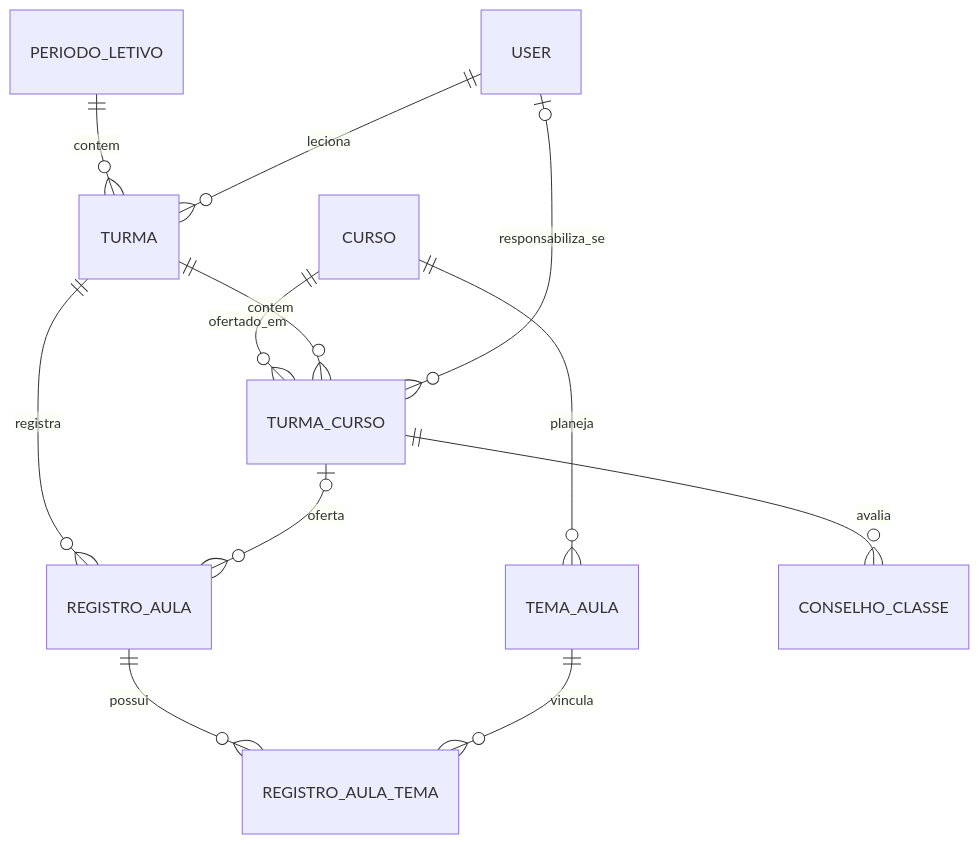
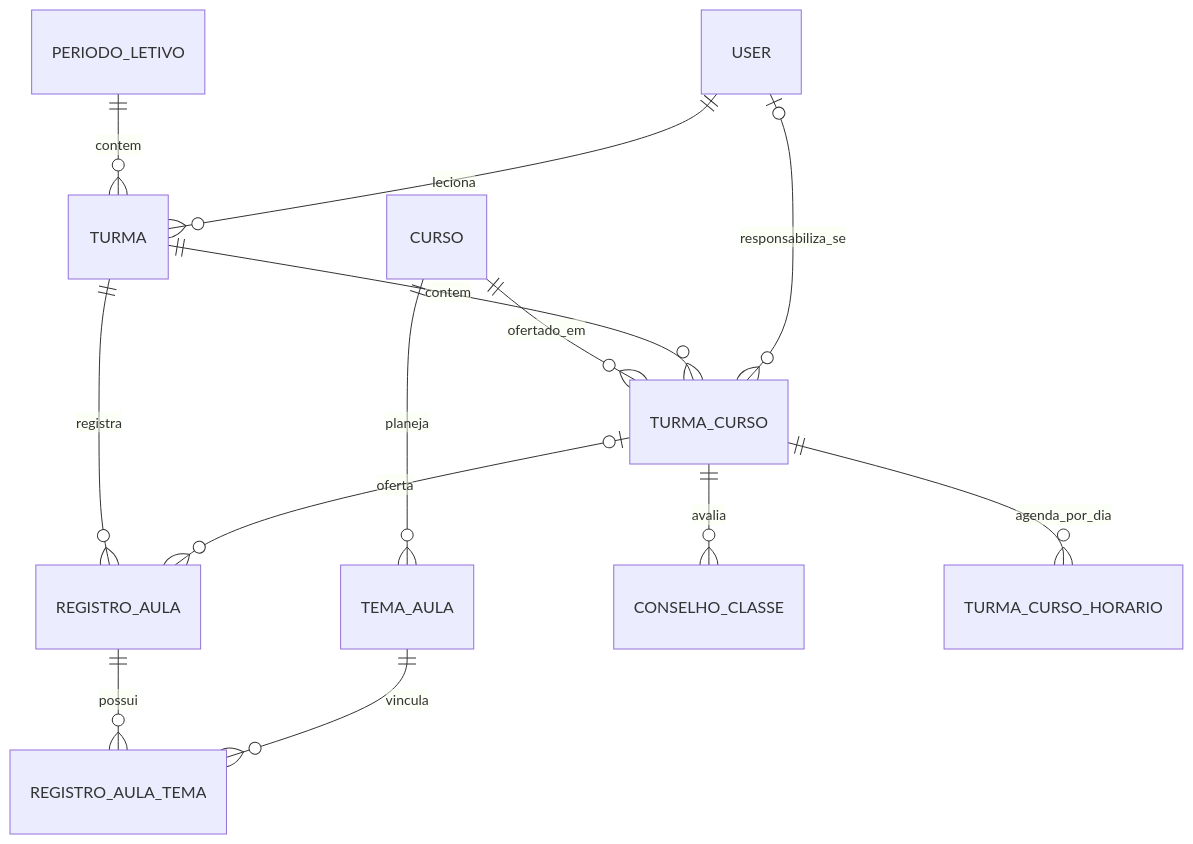
One commit to fmtic/pautaon changed the second of 7 diagrams in app/models/MER.md. Above: the diagram before and after it, drawn with Mermaid. The commit also changed other lines of this file and 2 other files, not shown here.

````diff
--- a/app/models/MER.md
+++ b/app/models/MER.md
@@ -219,14 +228,15 @@
 ```mermaid
 erDiagram
     PERIODO_LETIVO ||--o{ TURMA : contem
     CURSO          ||--o{ TURMA_CURSO : ofertado_em
     TURMA          ||--o{ TURMA_CURSO : contem
     USER           |o--o{ TURMA_CURSO : responsabiliza_se
     CURSO          ||--o{ TEMA_AULA : planeja
     USER           ||--o{ TURMA : leciona
     TURMA          ||--o{ REGISTRO_AULA : registra
     TURMA_CURSO    |o--o{ REGISTRO_AULA : oferta
     REGISTRO_AULA  ||--o{ REGISTRO_AULA_TEMA : possui
     TEMA_AULA      ||--o{ REGISTRO_AULA_TEMA : vincula
     TURMA_CURSO    ||--o{ CONSELHO_CLASSE : avalia
+    TURMA_CURSO    ||--o{ TURMA_CURSO_HORARIO : agenda_por_dia
 ```
````
